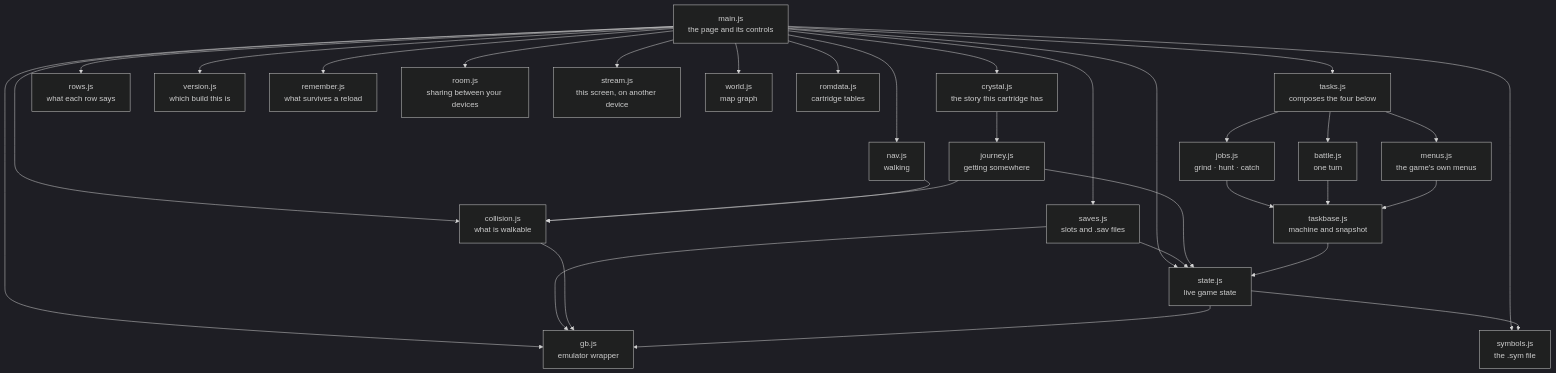
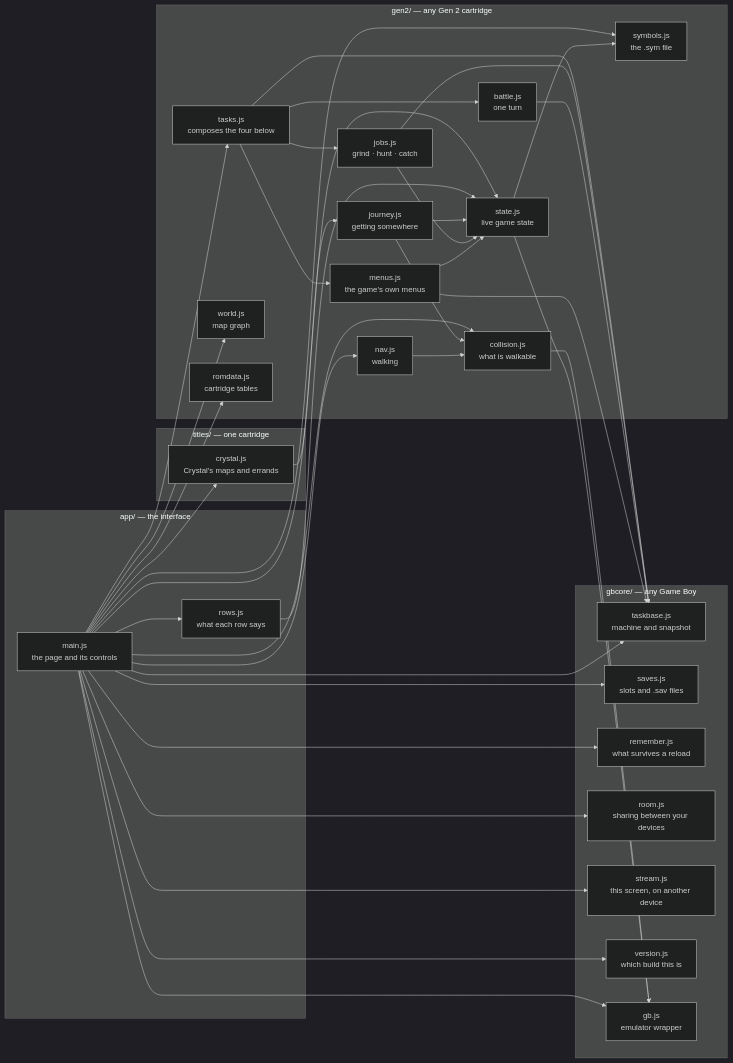
One commit to minormending/crystal-pilot-mobile changed the second of 21 diagrams in docs/CODE.md. Above: the diagram before and after it, drawn with Mermaid (dark theme). The commit also changed other lines of this file and 38 other files, not shown here.

````diff
--- a/docs/CODE.md
+++ b/docs/CODE.md
@@ -110,56 +129,66 @@
 ```mermaid
-flowchart TD
-    main["main.js<br/>the page and its controls"]
-    title["crystal.js<br/>the story this cartridge has"]
-    jour["journey.js<br/>getting somewhere"]
-    tasks["tasks.js<br/>composes the four below"]
-    jobs["jobs.js<br/>grind · hunt · catch"]
-    btl["battle.js<br/>one turn"]
-    menus["menus.js<br/>the game's own menus"]
-    tbase["taskbase.js<br/>machine and snapshot"]
-    rows["rows.js<br/>what each row says"]
-    ver["version.js<br/>which build this is"]
-    rem["remember.js<br/>what survives a reload"]
-    room["room.js<br/>sharing between your devices"]
-    stream["stream.js<br/>this screen, on another device"]
-    nav["nav.js<br/>walking"]
-    world["world.js<br/>map graph"]
-    coll["collision.js<br/>what is walkable"]
-    state["state.js<br/>live game state"]
-    rom["romdata.js<br/>cartridge tables"]
-    sym["symbols.js<br/>the .sym file"]
-    saves["saves.js<br/>slots and .sav files"]
-    gb["gb.js<br/>emulator wrapper"]
+flowchart LR
+    subgraph app["app/ — the interface"]
+        main["main.js<br/>the page and its controls"]
+        rows["rows.js<br/>what each row says"]
+    end
+    subgraph titles["titles/ — one cartridge"]
+        title["crystal.js<br/>Crystal's maps and errands"]
+    end
+    subgraph gen2["gen2/ — any Gen 2 cartridge"]
+        tasks["tasks.js<br/>composes the four below"]
+        jour["journey.js<br/>getting somewhere"]
+        jobs["jobs.js<br/>grind · hunt · catch"]
+        btl["battle.js<br/>one turn"]
+        menus["menus.js<br/>the game's own menus"]
+        nav["nav.js<br/>walking"]
+        world["world.js<br/>map graph"]
+        coll["collision.js<br/>what is walkable"]
+        state["state.js<br/>live game state"]
+        rom["romdata.js<br/>cartridge tables"]
+        sym["symbols.js<br/>the .sym file"]
+    end
+    subgraph gbcore["gbcore/ — any Game Boy"]
+        tbase["taskbase.js<br/>machine and snapshot"]
+        saves["saves.js<br/>slots and .sav files"]
+        rem["remember.js<br/>what survives a reload"]
+        room["room.js<br/>sharing between your devices"]
+        stream["stream.js<br/>this screen, on another device"]
+        ver["version.js<br/>which build this is"]
+        gb["gb.js<br/>emulator wrapper"]
+    end
 
     main --> title
+    main --> rows
     main --> tasks
-    main --> rows
-    main --> ver
-    main --> rem
-    main --> room
-    main --> stream
     main --> nav
     main --> world
     main --> coll
     main --> state
     main --> rom
     main --> sym
     main --> gb
     main --> saves
-    saves --> gb
-    saves --> state
+    main --> rem
+    main --> room
+    main --> stream
+    main --> ver
+    main --> tbase
+    rows --> state
     title --> jour
     jour --> coll
     jour --> state
     tasks --> jobs
     tasks --> btl
     tasks --> menus
+    tasks --> tbase
+    jobs --> state
     jobs --> tbase
     btl --> tbase
+    menus --> state
     menus --> tbase
-    tbase --> state
     nav --> coll
     coll --> gb
     state --> gb
     state --> sym
 ```
````
